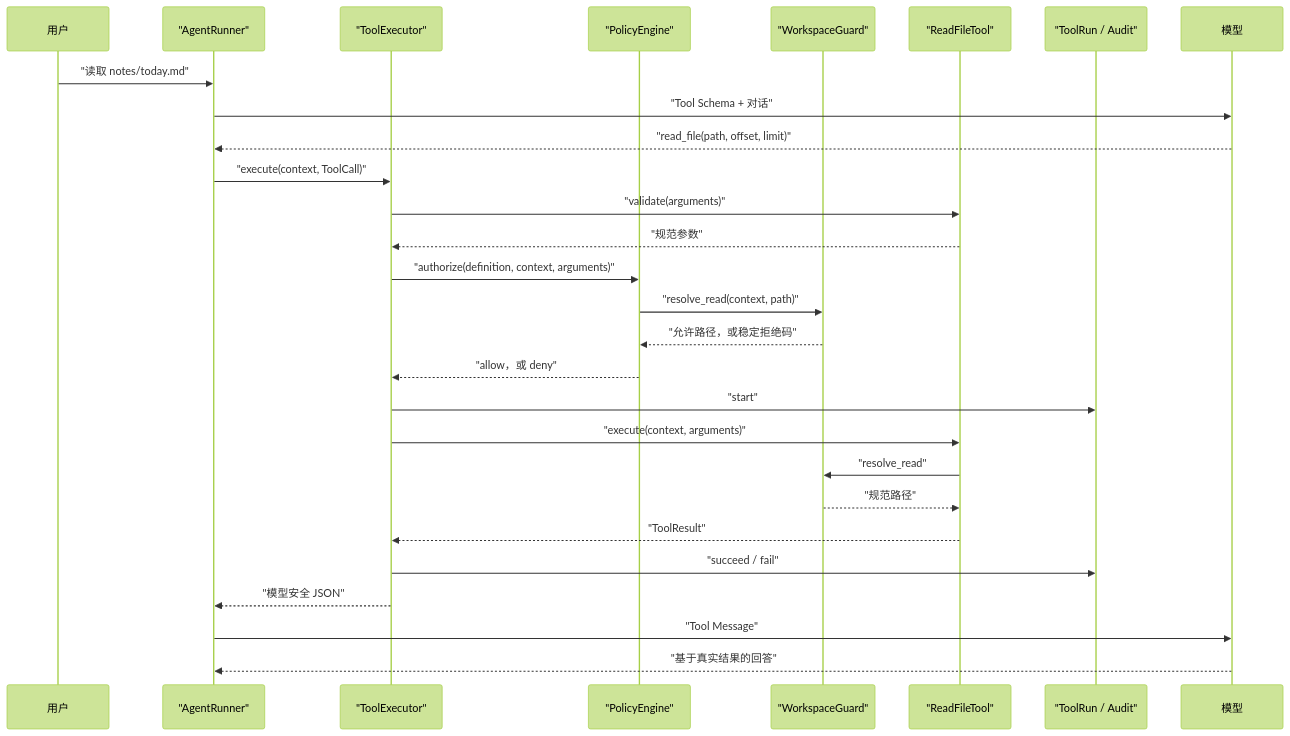
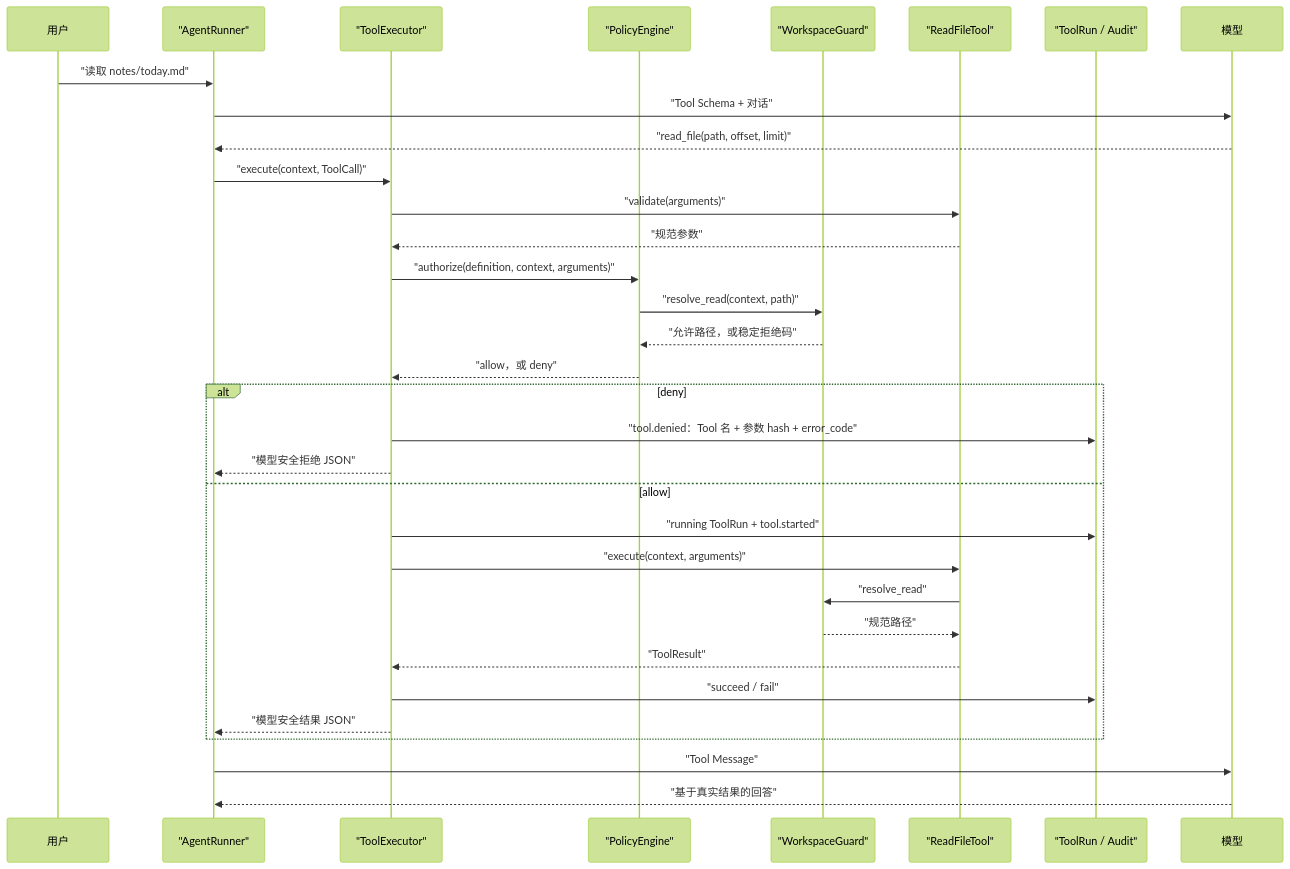
One commit to NEDONION/lobster0 changed the second of 3 diagrams in docs/engineering/phase-2/workspace-read-tools.md. Above: the diagram before and after it, drawn with Mermaid (forest theme). The commit also changed other lines of this file and 3 other files, not shown here.

````diff
--- a/docs/engineering/phase-2/workspace-read-tools.md
+++ b/docs/engineering/phase-2/workspace-read-tools.md
@@ -73,31 +73,36 @@
 ```mermaid
 sequenceDiagram
     participant U as 用户
     participant R as "AgentRunner"
     participant E as "ToolExecutor"
     participant P as "PolicyEngine"
     participant W as "WorkspaceGuard"
     participant F as "ReadFileTool"
     participant D as "ToolRun / Audit"
     participant M as 模型
 
     U->>R: "读取 notes/today.md"
     R->>M: "Tool Schema + 对话"
     M-->>R: "read_file(path, offset, limit)"
     R->>E: "execute(context, ToolCall)"
     E->>F: "validate(arguments)"
     F-->>E: "规范参数"
     E->>P: "authorize(definition, context, arguments)"
     P->>W: "resolve_read(context, path)"
     W-->>P: "允许路径，或稳定拒绝码"
     P-->>E: "allow，或 deny"
-    E->>D: "start"
-    E->>F: "execute(context, arguments)"
-    F->>W: "resolve_read"
-    W-->>F: "规范路径"
-    F-->>E: "ToolResult"
-    E->>D: "succeed / fail"
-    E-->>R: "模型安全 JSON"
+    alt deny
+        E->>D: "tool.denied：Tool 名 + 参数 hash + error_code"
+        E-->>R: "模型安全拒绝 JSON"
+    else allow
+        E->>D: "running ToolRun + tool.started"
+        E->>F: "execute(context, arguments)"
+        F->>W: "resolve_read"
+        W-->>F: "规范路径"
+        F-->>E: "ToolResult"
+        E->>D: "succeed / fail"
+        E-->>R: "模型安全结果 JSON"
+    end
     R->>M: "Tool Message"
     M-->>R: "基于真实结果的回答"
 ```
````
